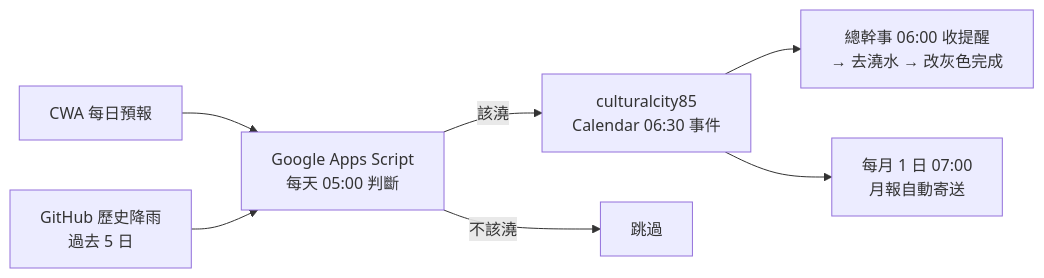
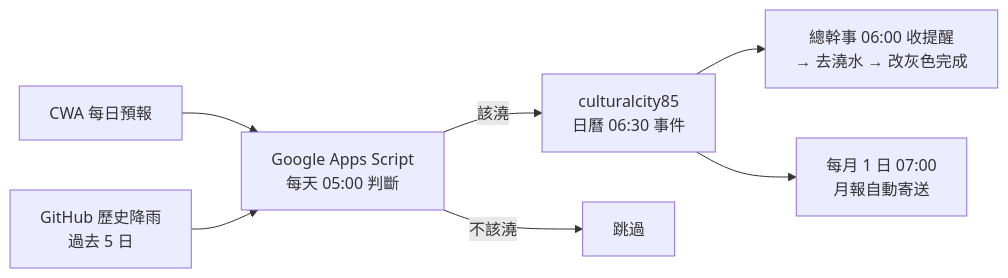
The fourth of 7 diagrams in src/admin/staff/pm-wiki.md (culturalcity/culturalcity.github.io), drawn with Mermaid before and after one commit. The commit also changed other lines of this file and 1 other file, not shown here.

````diff
--- a/src/admin/staff/pm-wiki.md
+++ b/src/admin/staff/pm-wiki.md
@@ -1207,9 +1207,9 @@
 ```mermaid
 flowchart LR
   A[CWA 每日預報] --> B[Google Apps Script<br/>每天 05:00 判斷]
   C[GitHub 歷史降雨<br/>過去 5 日] --> B
-  B -- 該澆 --> D[culturalcity85<br/>Calendar 06:30 事件]
+  B -- 該澆 --> D[culturalcity85<br/>日曆 06:30 事件]
   B -- 不該澆 --> E[跳過]
   D --> F[總幹事 06:00 收提醒<br/>→ 去澆水 → 改灰色完成]
   D --> G[每月 1 日 07:00<br/>月報自動寄送]
 ```
````
